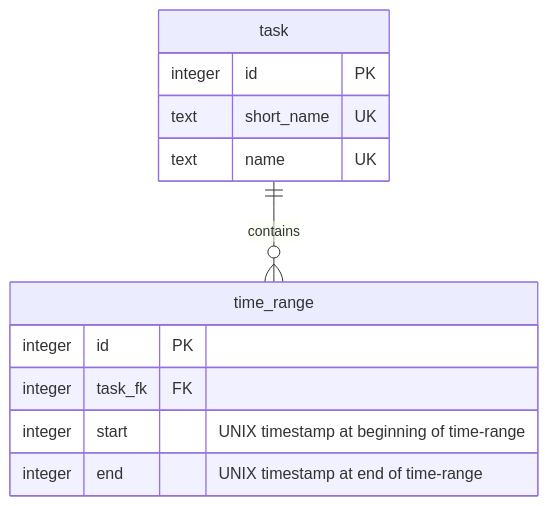
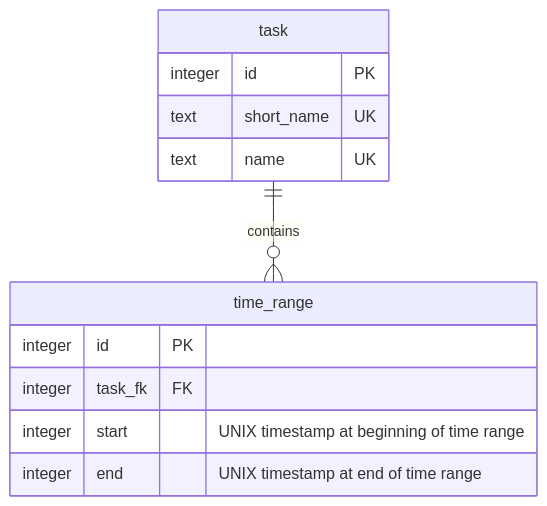
Before and after one commit to mehdi-valette/timetracker: the first of 2 diagrams in README.md, drawn with Mermaid. The commit also changed other lines of this file, not shown here.

Commit message:
doc: time range filters and modifications

````diff
--- a/README.md
+++ b/README.md
@@ -88,19 +88,19 @@
 ```mermaid
 erDiagram
 
 task {
     integer id          PK
     text    short_name  UK
     text    name        UK
 }
 
 time_range {
     integer id      PK
     integer task_fk FK
-    integer start       "UNIX timestamp at beginning of time-range"
-    integer end         "UNIX timestamp at end of time-range"
+    integer start       "UNIX timestamp at beginning of time range"
+    integer end         "UNIX timestamp at end of time range"
 }
 
 task || -- o{ time_range: contains
 
 ```
````
